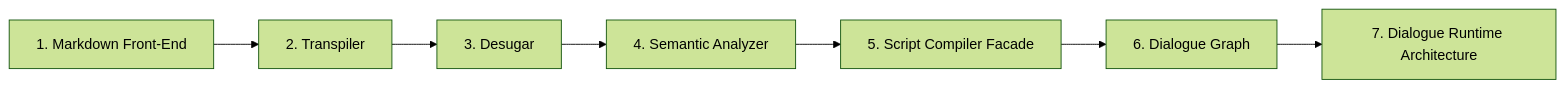
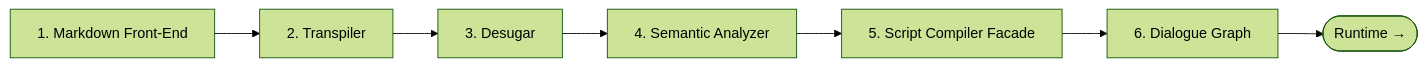
One commit to pengzhengyi/dialoguedown changed the first of 4 diagrams in docs/contributing/design-notes/README.md. Above: the diagram before and after it, drawn with Mermaid (forest theme). The commit also changed other lines of this file and 192 other files, not shown here.

````diff
--- a/docs/contributing/design-notes/README.md
+++ b/docs/contributing/design-notes/README.md
@@ -41,7 +41,7 @@
 ```mermaid
 flowchart LR
     FE["1. Markdown Front-End"] --> TR["2. Transpiler"]
     TR --> DS["3. Desugar"] --> SA["4. Semantic Analyzer"]
     SA --> SF["5. Script Compiler Facade"] --> GR["6. Dialogue Graph"]
-    GR --> RT["7. Dialogue Runtime Architecture"]
+    GR --> RT(["Runtime →"])
 ```
````
